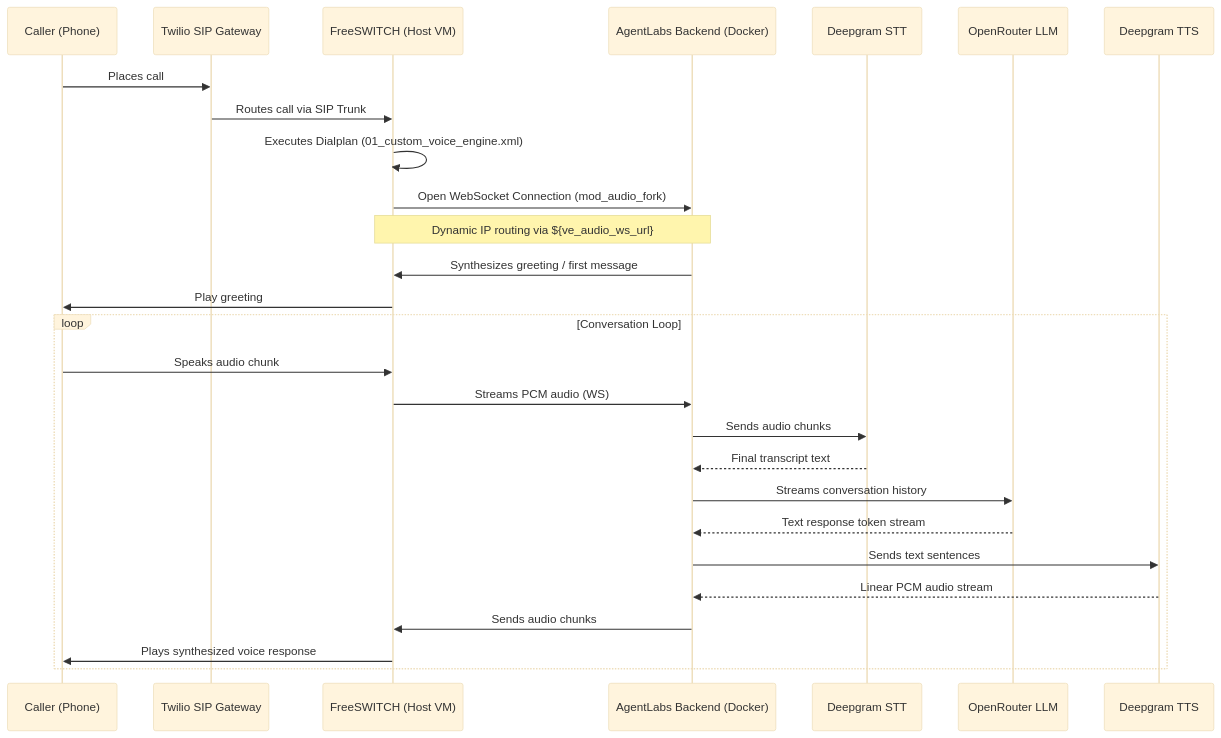
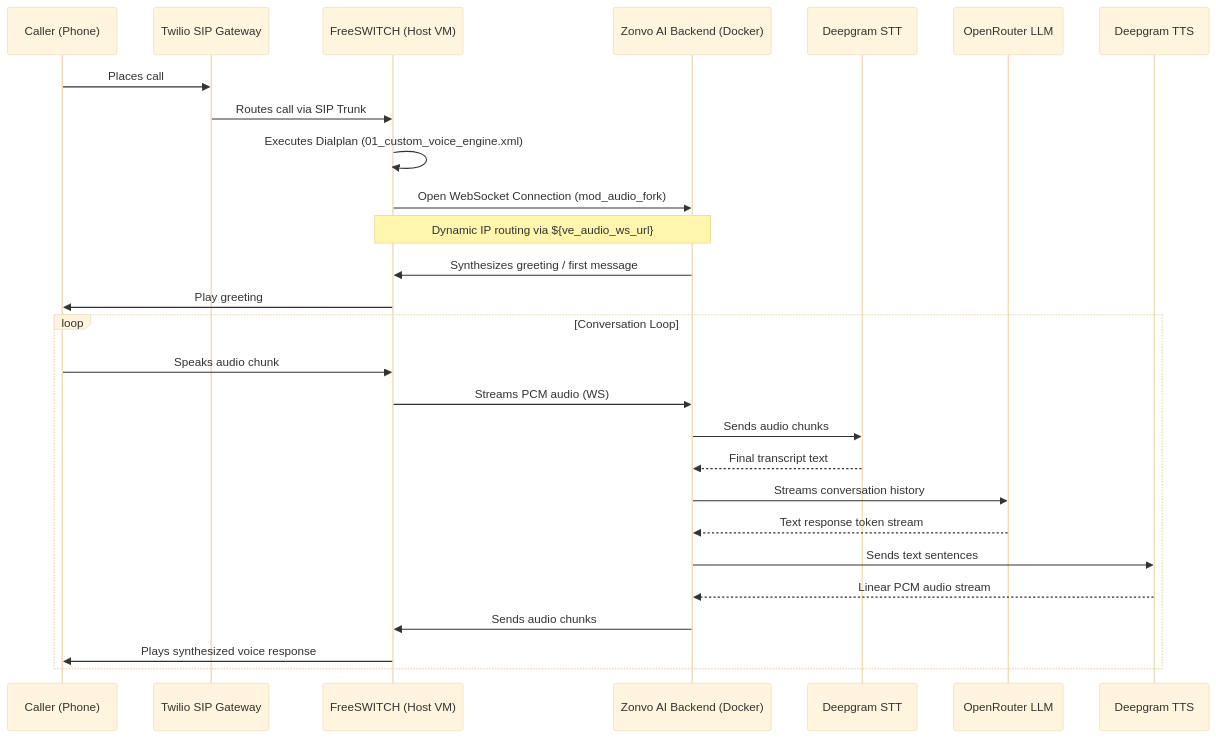
One commit to umeshkumar097/AIAGENT changed the diagram in plugins/custom-voice-engine/docs/setup_guide.md. Above: the diagram before and after it, drawn with Mermaid (base theme). The commit also changed other lines of this file and 34 other files, not shown here.

First line of the commit message:
chore(brand): AgentLabs → Zonvo AI everywhere users can see it

````diff
--- a/plugins/custom-voice-engine/docs/setup_guide.md
+++ b/plugins/custom-voice-engine/docs/setup_guide.md
@@ -11,31 +11,31 @@
 ```mermaid
 sequenceDiagram
     participant User as Caller (Phone)
     participant Provider as Twilio SIP Gateway
     participant FS as FreeSWITCH (Host VM)
-    participant Backend as AgentLabs Backend (Docker)
+    participant Backend as Zonvo AI Backend (Docker)
     participant STT as Deepgram STT
     participant LLM as OpenRouter LLM
     participant TTS as Deepgram TTS
 
     User->>Provider: Places call
     Provider->>FS: Routes call via SIP Trunk
     FS->>FS: Executes Dialplan (01_custom_voice_engine.xml)
     FS->>Backend: Open WebSocket Connection (mod_audio_fork)
     Note over FS,Backend: Dynamic IP routing via ${ve_audio_ws_url}
     Backend->>FS: Synthesizes greeting / first message
     FS->>User: Play greeting
     
     loop Conversation Loop
         User->>FS: Speaks audio chunk
         FS->>Backend: Streams PCM audio (WS)
         Backend->>STT: Sends audio chunks
         STT-->>Backend: Final transcript text
         Backend->>LLM: Streams conversation history
         LLM-->>Backend: Text response token stream
         Backend->>TTS: Sends text sentences
         TTS-->>Backend: Linear PCM audio stream
         Backend->>FS: Sends audio chunks
         FS->>User: Plays synthesized voice response
     end
 ```
````
